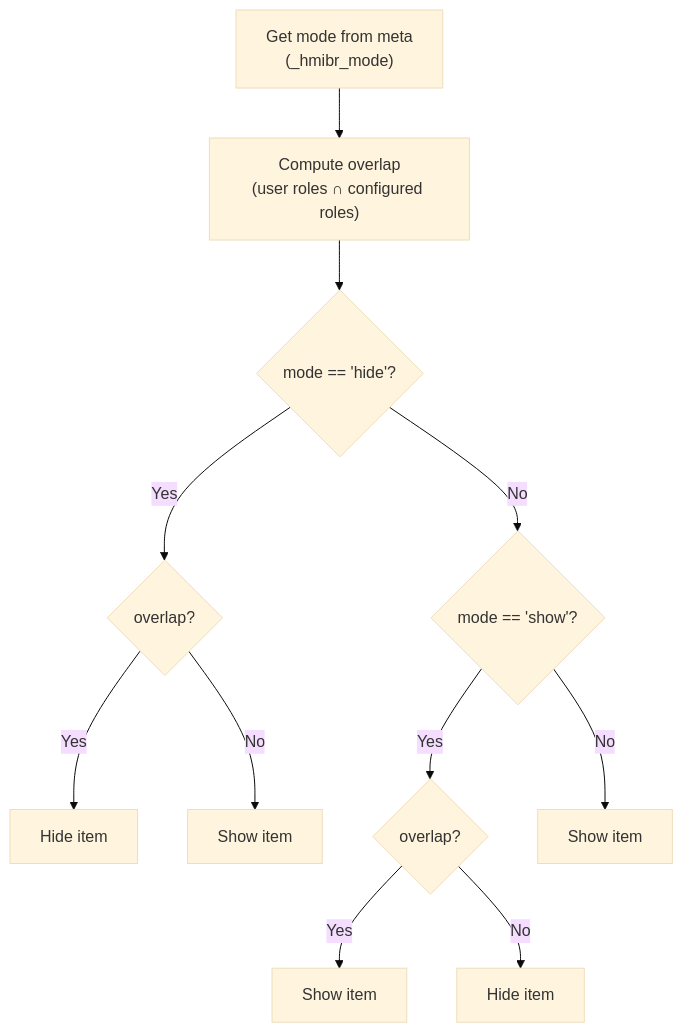
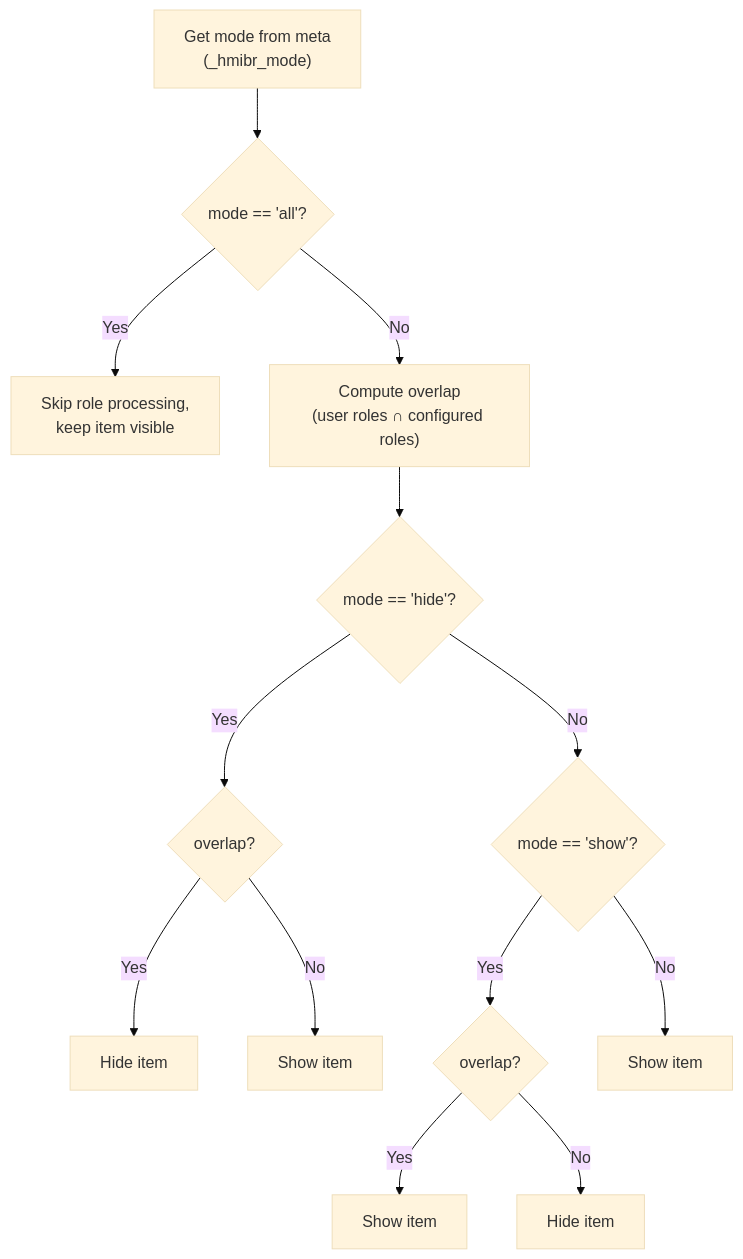
The fourth of 6 diagrams in .qoder/repowiki/en/content/Features Guide/Dual Mode Operation (Hide vs Show).md (mahfuzurwp/hide-menu-items-by-role), drawn with Mermaid (base theme) before and after one commit. The commit also changed other lines of this file and 20 other files, not shown here.

````diff
--- a/.qoder/repowiki/en/content/Features Guide/Dual Mode Operation (Hide vs Show).md
+++ b/.qoder/repowiki/en/content/Features Guide/Dual Mode Operation (Hide vs Show).md
@@ -145,13 +161,15 @@
 ```mermaid
 flowchart TD
-A["Get mode from meta<br/>(_hmibr_mode)"] --> B["Compute overlap<br/>(user roles ∩ configured roles)"]
-B --> C{"mode == 'hide'?"}
-C --> |Yes| D{"overlap?"}
-D --> |Yes| E["Hide item"]
-D --> |No| F["Show item"]
-C --> |No| G{"mode == 'show'?"}
-G --> |Yes| H{"overlap?"}
-H --> |Yes| I["Show item"]
-H --> |No| J["Hide item"]
-G --> |No| K["Show item"]
+A["Get mode from meta<br/>(_hmibr_mode)"] --> B{"mode == 'all'?"}
+B --> |Yes| C["Skip role processing,<br/>keep item visible"]
+B --> |No| D["Compute overlap<br/>(user roles ∩ configured roles)"]
+D --> E{"mode == 'hide'?"}
+E --> |Yes| F{"overlap?"}
+F --> |Yes| G["Hide item"]
+F --> |No| H["Show item"]
+E --> |No| I{"mode == 'show'?"}
+I --> |Yes| J{"overlap?"}
+J --> |Yes| K["Show item"]
+J --> |No| L["Hide item"]
+I --> |No| M["Show item"]
 ```
````
